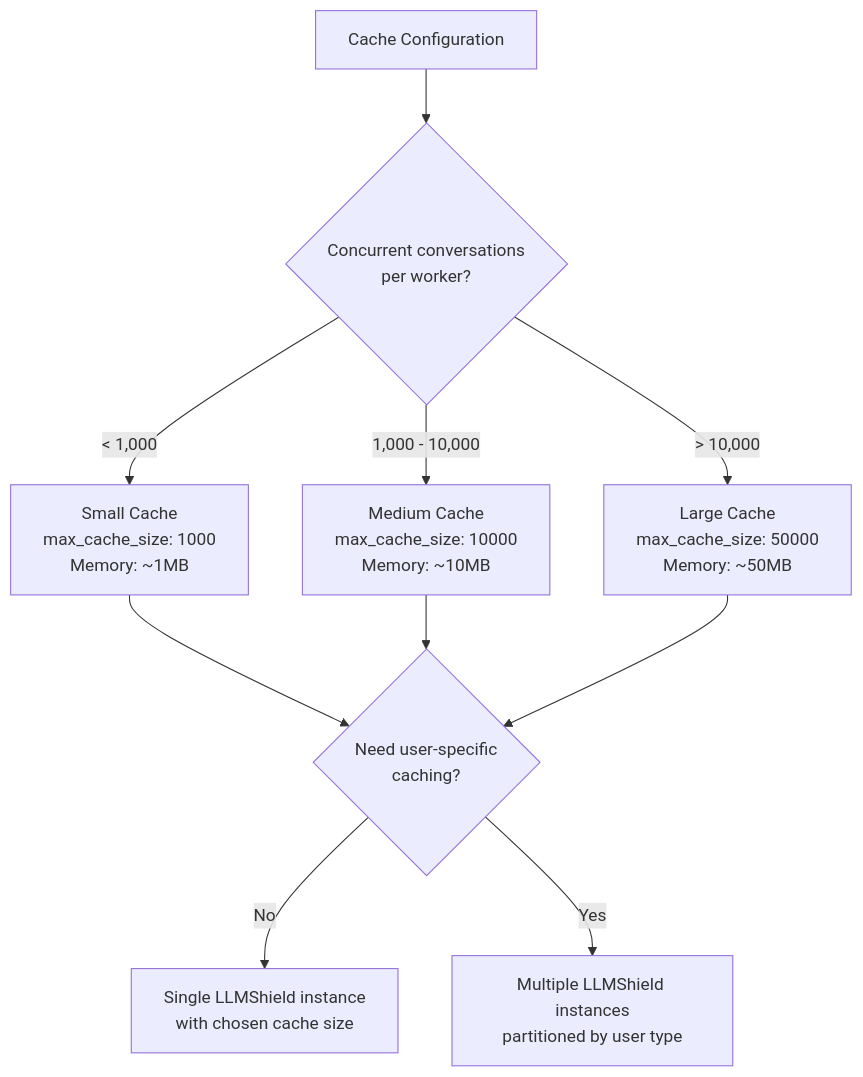
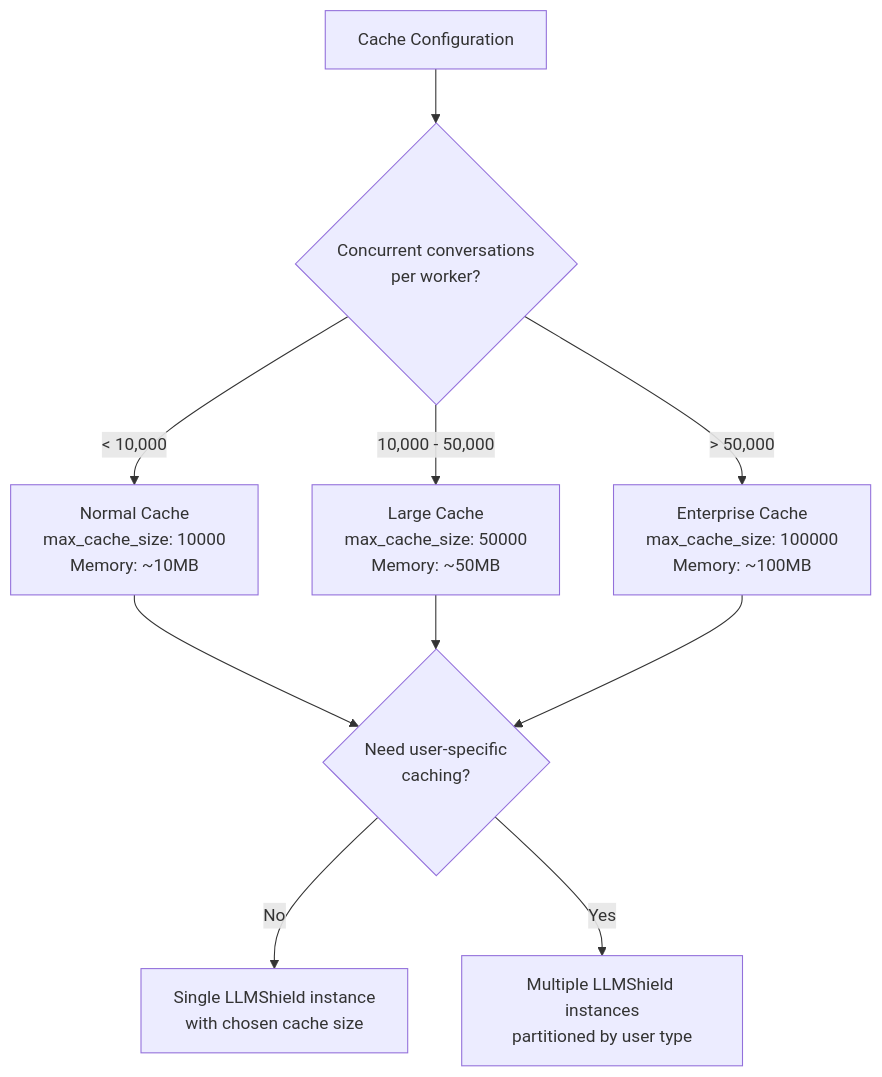
The fourth of 4 diagrams in README.md (brainpolo/llmshield), drawn with Mermaid before and after one commit. The commit also changed other lines of this file and 66 other files, not shown here.

````diff
--- a/README.md
+++ b/README.md
@@ -516,15 +516,15 @@
 ```mermaid
 flowchart TD
     A[Cache Configuration] --> B{Concurrent conversations<br/>per worker?}
 
-    B -->|< 1,000| C[Small Cache<br/>max_cache_size: 1000<br/>Memory: ~1MB]
-    B -->|1,000 - 10,000| D[Medium Cache<br/>max_cache_size: 10000<br/>Memory: ~10MB]
-    B -->|> 10,000| E[Large Cache<br/>max_cache_size: 50000<br/>Memory: ~50MB]
+    B -->|< 10,000| C[Normal Cache<br/>max_cache_size: 10000<br/>Memory: ~10MB]
+    B -->|10,000 - 50,000| D[Large Cache<br/>max_cache_size: 50000<br/>Memory: ~50MB]
+    B -->|> 50,000| E[Enterprise Cache<br/>max_cache_size: 100000<br/>Memory: ~100MB]
 
     C --> F{Need user-specific<br/>caching?}
     D --> F
     E --> F
 
     F -->|No| G[Single LLMShield instance<br/>with chosen cache size]
     F -->|Yes| H[Multiple LLMShield instances<br/>partitioned by user type]
 ```
````
